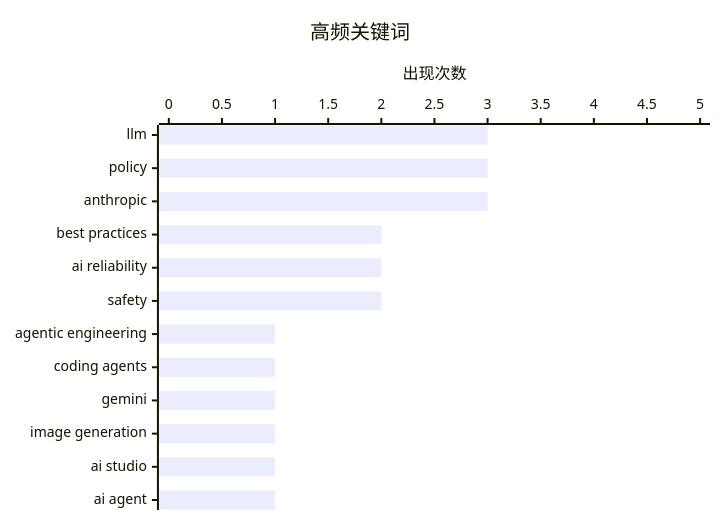
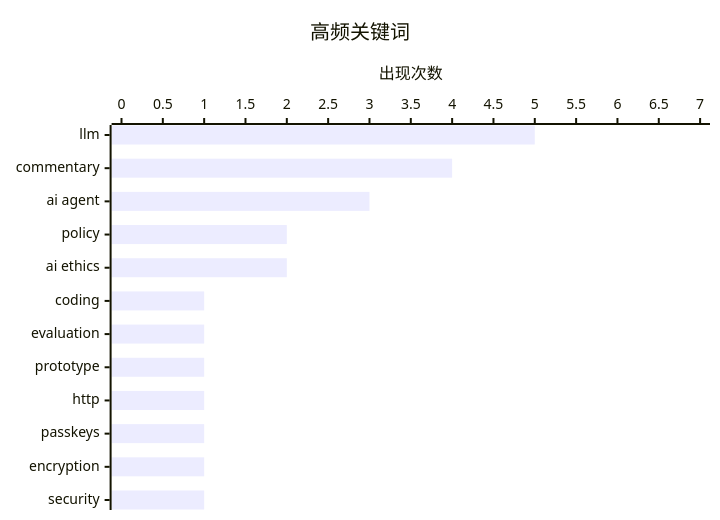
The second of 2 diagrams in digests/digest-20260228.md (MirrMeur/ai-daily-digest), drawn with Mermaid before and after one commit. The commit also changed other lines of this file, not shown here.

````diff
--- a/digests/digest-20260228.md
+++ b/digests/digest-20260228.md
@@ -83,7 +82,7 @@
 ```mermaid
 xychart-beta horizontal
     title "高频关键词"
-    x-axis ["llm", "policy", "anthropic", "best practices", "ai reliability", "safety", "agentic engineering", "coding agents", "gemini", "image generation", "ai studio", "ai agent"]
-    y-axis "出现次数" 0 --> 5
-    bar [3, 3, 3, 2, 2, 2, 1, 1, 1, 1, 1, 1]
+    x-axis ["llm", "commentary", "ai agent", "policy", "ai ethics", "coding", "evaluation", "prototype", "http", "passkeys", "encryption", "security"]
+    y-axis "出现次数" 0 --> 7
+    bar [5, 4, 3, 2, 2, 1, 1, 1, 1, 1, 1, 1]
 ```
````
